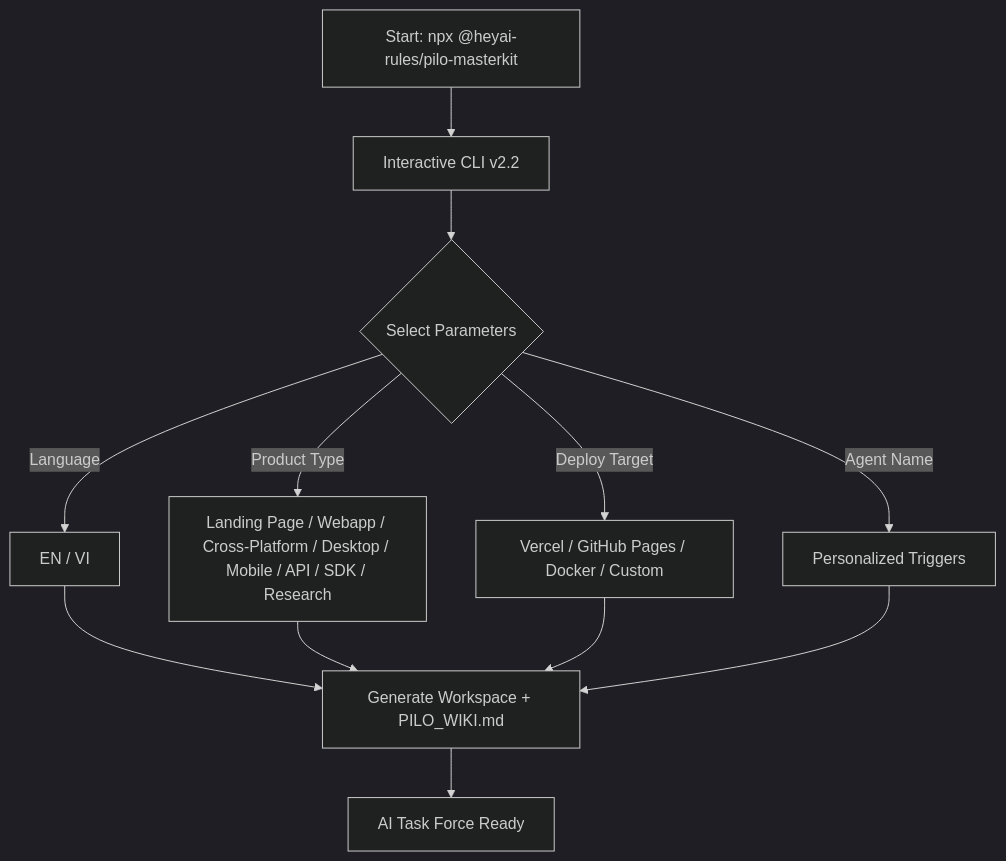
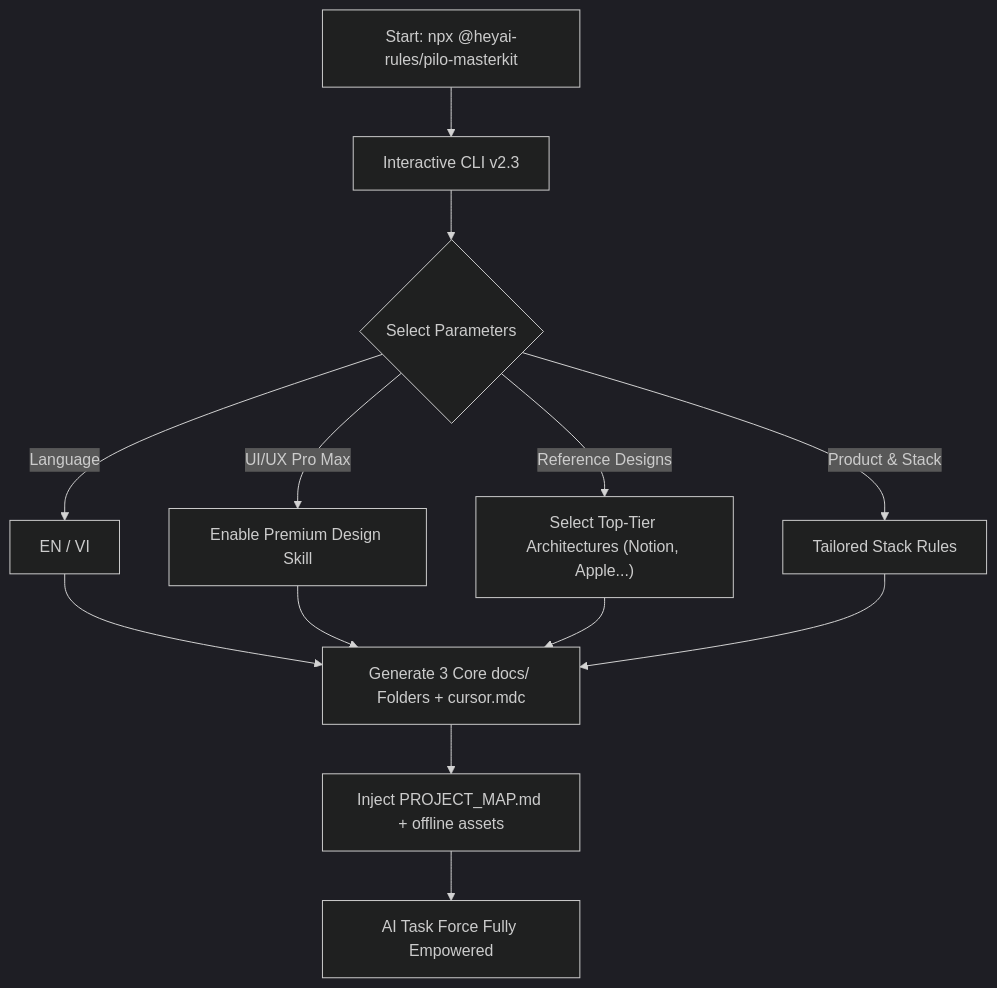
Before and after one commit to Arter2507/pilo-masterkit: the diagram in README.md, drawn with Mermaid (dark theme). The commit also changed other lines of this file, not shown here.

````diff
--- a/README.md
+++ b/README.md
@@ -35,11 +35,12 @@
 ```mermaid
 graph TD
-    A["Start: npx @heyai-rules/pilo-masterkit"] --> B[Interactive CLI v2.2]
+    A["Start: npx @heyai-rules/pilo-masterkit"] --> B[Interactive CLI v2.3]
     B --> C{Select Parameters}
     C -->|Language| D[EN / VI]
-    C -->|Product Type| E["Landing Page / Webapp / Cross-Platform / Desktop / Mobile / API / SDK / Research"]
-    C -->|Deploy Target| F["Vercel / GitHub Pages / Docker / Custom"]
-    C -->|Agent Name| G["Personalized Triggers"]
-    D & E & F & G --> H[Generate Workspace + PILO_WIKI.md]
-    H --> I["AI Task Force Ready"]
+    C -->|UI/UX Pro Max| E["Enable Premium Design Skill"]
+    C -->|Reference Designs| F["Select Top-Tier Architectures (Notion, Apple...)"]
+    C -->|Product & Stack| G["Tailored Stack Rules"]
+    D & E & F & G --> H["Generate 3 Core docs/ Folders + cursor.mdc"]
+    H --> I["Inject PROJECT_MAP.md + offline assets"]
+    I --> J["AI Task Force Fully Empowered"]
 ```
````
